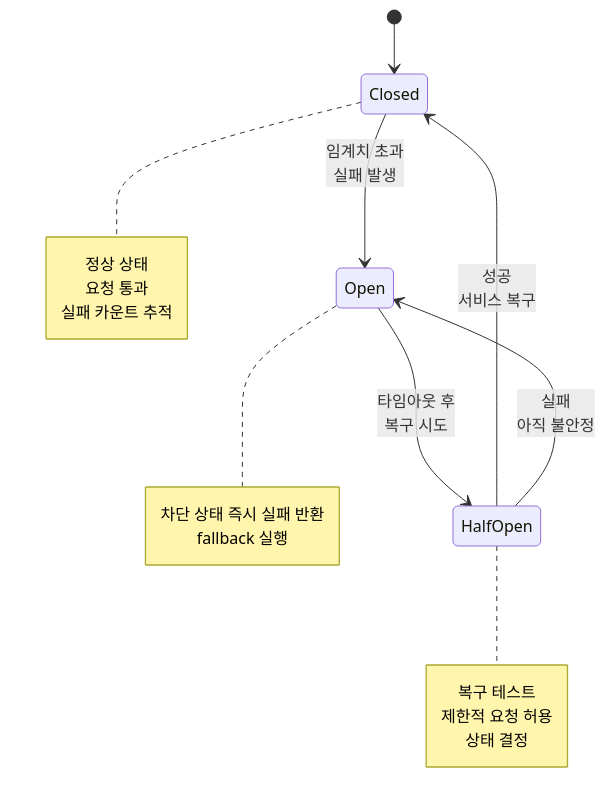
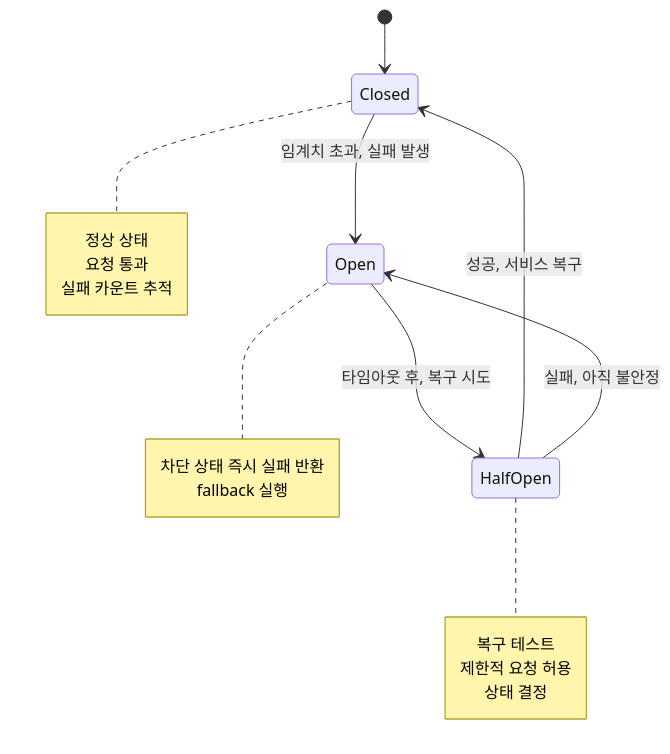
Before and after one commit to choru-k/choru-wiki: the diagram in docs/cs/guide/chapter-14-distributed-systems/04-distributed-patterns.md, drawn with Mermaid. The commit also changed other lines of this file and 13 other files, not shown here.

````diff
--- a/docs/cs/guide/chapter-14-distributed-systems/04-distributed-patterns.md
+++ b/docs/cs/guide/chapter-14-distributed-systems/04-distributed-patterns.md
@@ -103,26 +103,26 @@
 ```mermaid
 stateDiagram-v2
     [*] --> Closed
-    Closed --> Open : 임계치 초과<br/>실패 발생
-    Open --> HalfOpen : 타임아웃 후<br/>복구 시도  
-    HalfOpen --> Closed : 성공<br/>서비스 복구
-    HalfOpen --> Open : 실패<br/>아직 불안정
+    Closed --> Open : 임계치 초과, 실패 발생
+    Open --> HalfOpen : 타임아웃 후, 복구 시도  
+    HalfOpen --> Closed : 성공, 서비스 복구
+    HalfOpen --> Open : 실패, 아직 불안정
     
     note right of Closed
         정상 상태
         요청 통과
         실패 카운트 추적
     end note
     
     note right of Open
         차단 상태  
         즉시 실패 반환
         fallback 실행
     end note
     
     note right of HalfOpen
         복구 테스트
         제한적 요청 허용
         상태 결정
     end note
 ```
````
